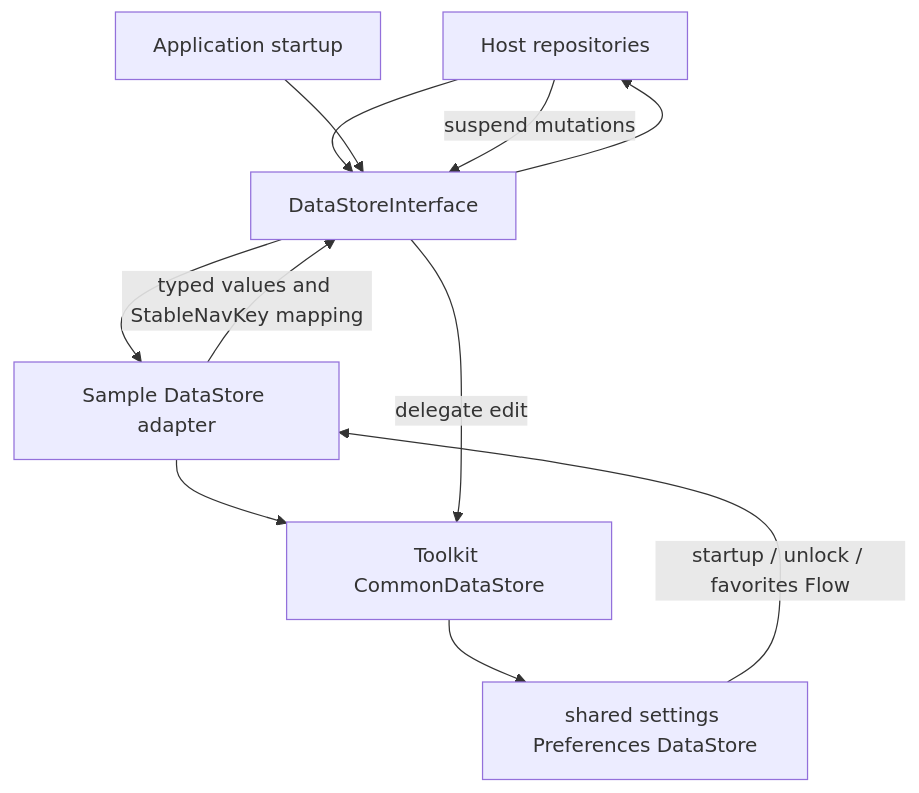
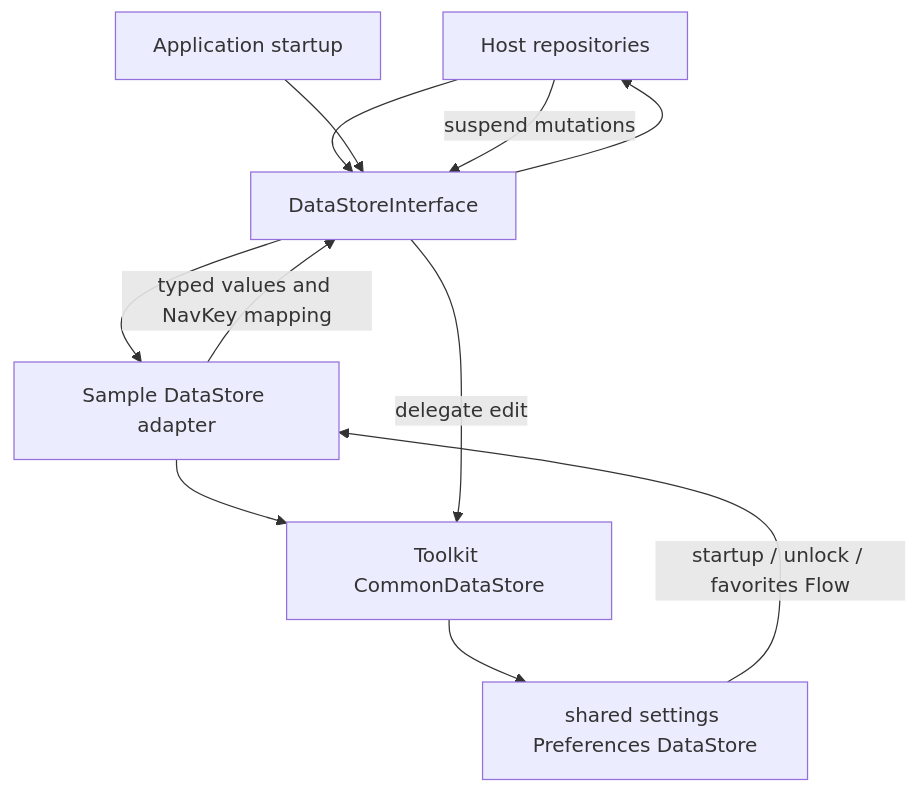
Before and after one commit to MihaiCristianCondrea/App-Toolkit-for-Android: the diagram in sample/core/datastore/README.md, drawn with Mermaid. The commit also changed other lines of this file and 130 other files, not shown here.

````diff
--- a/sample/core/datastore/README.md
+++ b/sample/core/datastore/README.md
@@ -31,13 +32,13 @@
 ```mermaid
 flowchart TD
     Repos[Host repositories] --> Contract[DataStoreInterface]
     App[Application startup] --> Contract
     Contract --> Adapter[Sample DataStore adapter]
     Adapter --> Common[Toolkit CommonDataStore]
     Common --> Store["shared settings Preferences DataStore"]
     Store -->|startup / unlock / favorites Flow| Adapter
-    Adapter -->|typed values and StableNavKey mapping| Contract
+    Adapter -->|typed values and NavKey mapping| Contract
     Contract --> Repos
     Repos -->|suspend mutations| Contract
     Contract -->|delegate edit| Common
 ```
````
